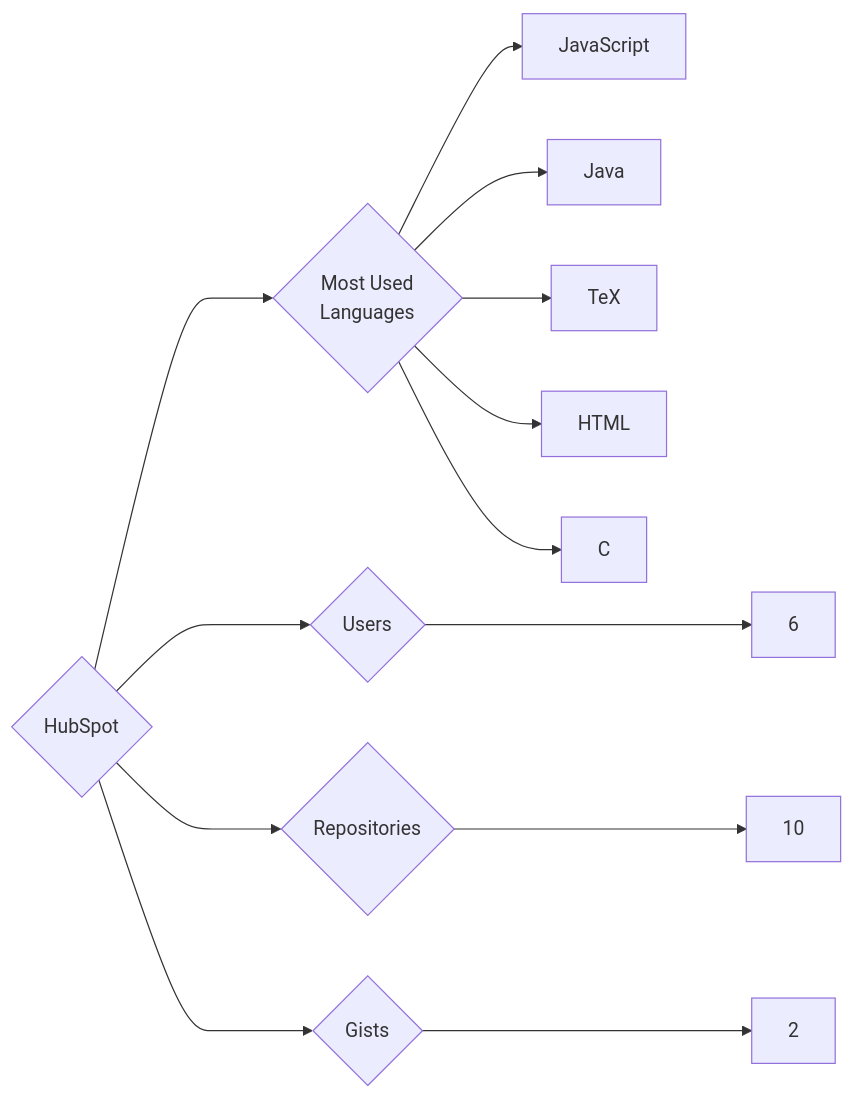
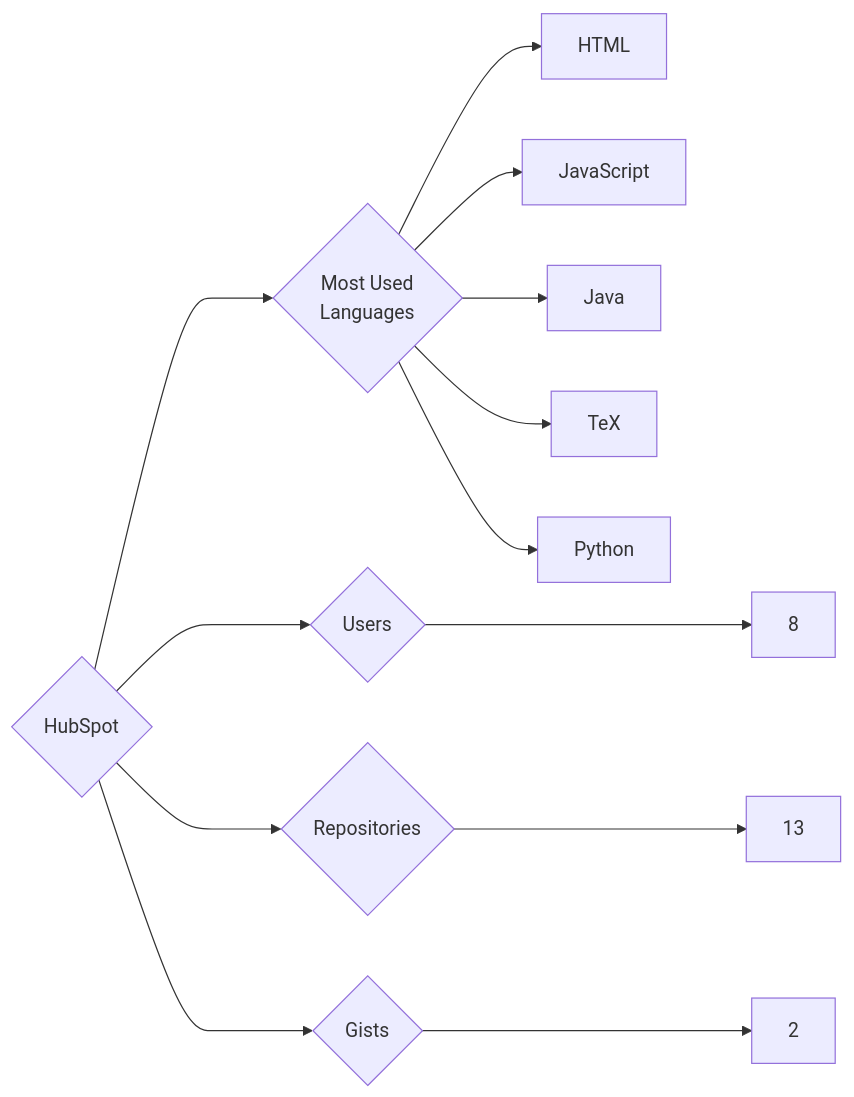
One commit to trickest/insiders changed the diagram in targets/HubSpot/README.md. Above: the diagram before and after it, drawn with Mermaid. The commit also changed 938 other files, not shown here.

````diff
--- a/targets/HubSpot/README.md
+++ b/targets/HubSpot/README.md
@@ -3,13 +3,13 @@
 ```mermaid
 graph LR
 COMPANY_NAME{HubSpot}
-COMPANY_NAME ---> U{Users} ---> UN[6]
-COMPANY_NAME ---> R{Repositories} ---> RN[10]
+COMPANY_NAME ---> U{Users} ---> UN[8]
+COMPANY_NAME ---> R{Repositories} ---> RN[13]
 COMPANY_NAME ---> G{Gists} ---> GN[2]
 COMPANY_NAME ---> ML{Most Used<br>Languages}
+ML --> HTML[HTML]
 ML --> JavaScript[JavaScript]
 ML --> Java[Java]
 ML --> TeX[TeX]
-ML --> HTML[HTML]
-ML --> C[C]
+ML --> Python[Python]
 ```
````
